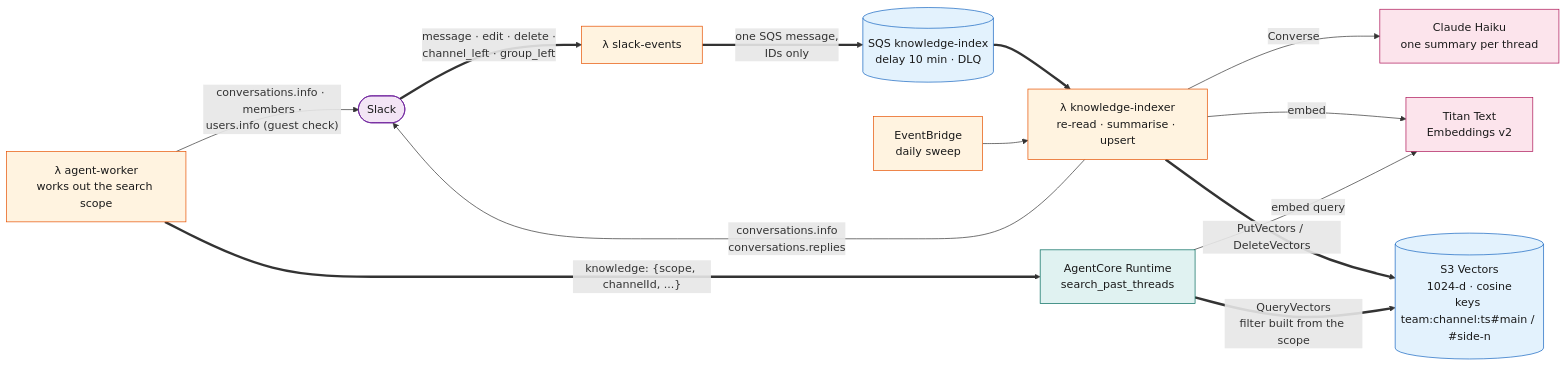
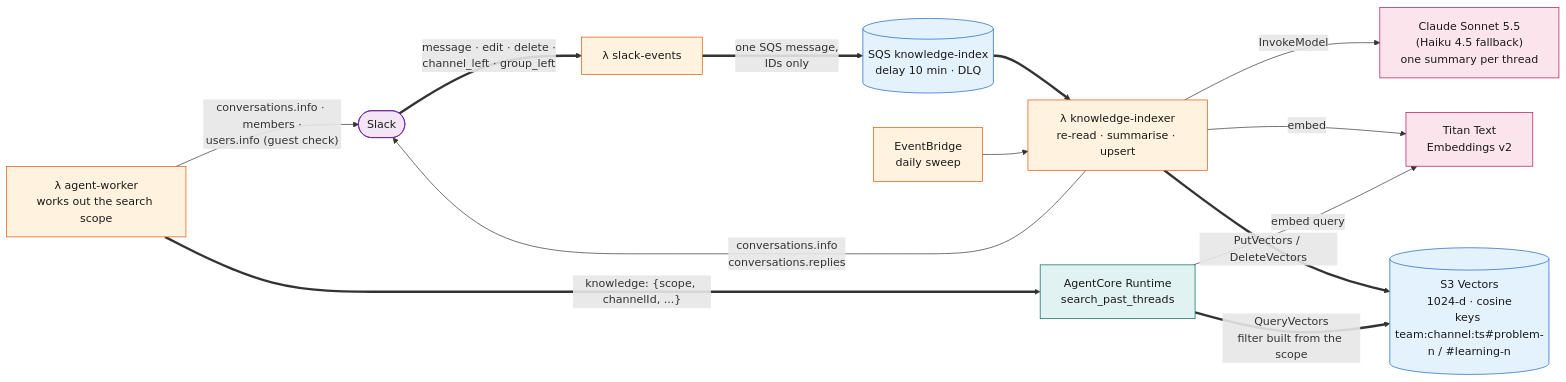
One commit to agent-runtime-labs/slack-agentcore-app changed the sixth of 14 diagrams in docs/architecture.md. Above: the diagram before and after it, drawn with Mermaid. The commit also changed other lines of this file and 14 other files, not shown here.

````diff
--- a/docs/architecture.md
+++ b/docs/architecture.md
@@ -239,31 +239,31 @@
 ```mermaid
 flowchart LR
     SLK(["Slack"]):::slack
     EV["λ slack-events"]:::aws
     KQ[("SQS knowledge-index<br/>delay 10 min · DLQ")]:::data
     SCH["EventBridge<br/>daily sweep"]:::aws
     IX["λ knowledge-indexer<br/>re-read · summarise · upsert"]:::aws
-    SUM["Claude Haiku<br/>one summary per thread"]:::model
+    SUM["Claude Sonnet 5.5<br/>(Haiku 4.5 fallback)<br/>one summary per thread"]:::model
     TI["Titan Text<br/>Embeddings v2"]:::model
-    VEC[("S3 Vectors<br/>1024-d · cosine<br/>keys team:channel:ts#main / #side-n")]:::data
+    VEC[("S3 Vectors<br/>1024-d · cosine<br/>keys team:channel:ts#problem-n / #learning-n")]:::data
     WK["λ agent-worker<br/>works out the search scope"]:::aws
     RT["AgentCore Runtime<br/>search_past_threads"]:::agentcore
 
     SLK == "message · edit · delete ·<br/>channel_left · group_left" ==> EV
     EV == "one SQS message,<br/>IDs only" ==> KQ ==> IX
     SCH --> IX
     IX -- "conversations.info<br/>conversations.replies" --> SLK
-    IX -- "Converse" --> SUM
+    IX -- "InvokeModel" --> SUM
     IX -- "embed" --> TI
     IX == "PutVectors / DeleteVectors" ==> VEC
     WK -- "conversations.info · members ·<br/>users.info (guest check)" --> SLK
     WK == "knowledge: {scope, channelId, ...}" ==> RT
     RT -- "embed query" --> TI
     RT == "QueryVectors<br/>filter built from the scope" ==> VEC
 
     classDef slack fill:#f3e5f5,stroke:#6a1b9a,color:#1a1a1a
     classDef aws fill:#fff3e0,stroke:#e65100,color:#1a1a1a
     classDef data fill:#e3f2fd,stroke:#1565c0,color:#1a1a1a
     classDef agentcore fill:#e0f2f1,stroke:#00695c,color:#1a1a1a
     classDef model fill:#fce4ec,stroke:#ad1457,color:#1a1a1a
 ```
````
